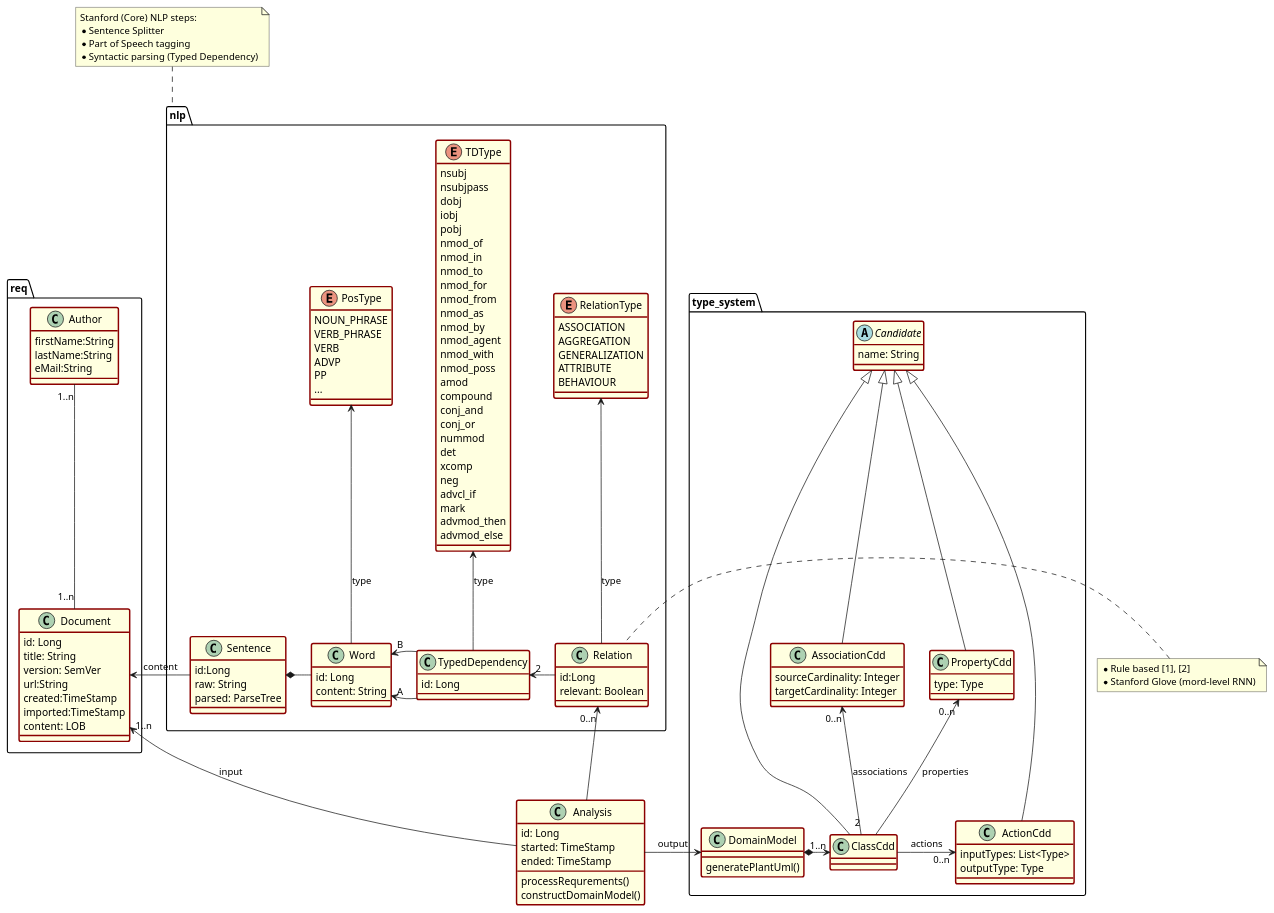
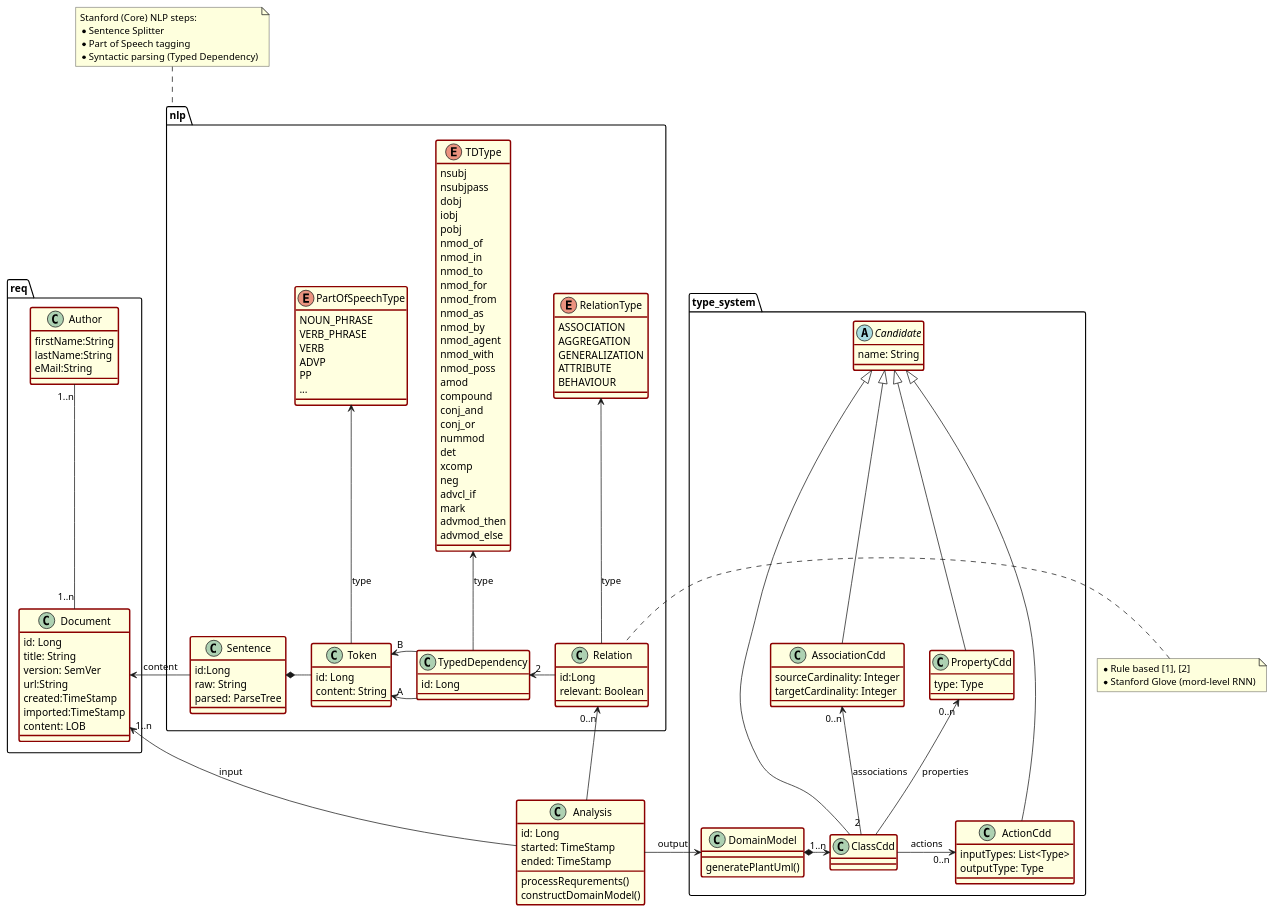
The diagram in docs/application/c4_code.puml (joerg-rade/domox), drawn with PlantUML before and after one commit. The commit also changed 9 other files, not shown here.

Commit message:
SentenceAdapterTest added, plantUml based TD diagram (2/n) dep edges colored like dependent

```diff
--- a/docs/application/c4_code.puml
+++ b/docs/application/c4_code.puml
@@ -1,155 +1,155 @@
 @startuml
 skinparam ClassBorderColor DarkRed
 skinparam ClassBorderThickness 2
 skinparam ClassBackgroundColor LightYellow
 
 package "req" {
     class Author {
         firstName:String
         lastName:String
         eMail:String
     }
     class Document {
         id: Long
         title: String
         version: SemVer
         url:String
         created:TimeStamp
         imported:TimeStamp
         content: LOB
     }
     Document "1..n" -up- "1..n" Author
 }
 
 package nlp {
     class Sentence {
         id:Long
         raw: String
         parsed: ParseTree
     }
 
-    class Word {
+    class Token {
         id: Long
         content: String
     }
-    enum PosType {
+    enum PartOfSpeechType {
         NOUN_PHRASE
         VERB_PHRASE
         VERB
         ADVP
         PP
         ...
     }
-    Sentence *- Word
+    Sentence *- Token
 
     enum TDType{
         nsubj
         nsubjpass
         dobj
         iobj
         pobj
         nmod_of
         nmod_in
         nmod_to
         nmod_for
         nmod_from
         nmod_as
         nmod_by
         nmod_agent
         nmod_with
         nmod_poss
         amod
         compound
         conj_and
         conj_or
         nummod
         det
         xcomp
         neg
         advcl_if
         mark
         advmod_then
         advmod_else
     }
 
     class TypedDependency {
         id: Long
     }
     TypedDependency -up-> TDType : type
 
     class Relation {
         id:Long
         relevant: Boolean
     }
     enum RelationType {
         ASSOCIATION
         AGGREGATION
         GENERALIZATION
         ATTRIBUTE
         BEHAVIOUR
     }
     Relation -up-> RelationType : type
 
-    Word -up-> PosType : type
+    Token -up-> PartOfSpeechType : type
 
-    TypedDependency -left-> "A" Word
-    TypedDependency -left-> "B" Word
+    TypedDependency -left-> "A" Token
+    TypedDependency -left-> "B" Token
     Relation -left-> "2" TypedDependency
 }
 
 package type_system {
     abstract class Candidate {
         name: String
     }
     class ClassCdd extends Candidate {}
     class PropertyCdd extends Candidate {
         type: Type
     }
     class ActionCdd extends Candidate {
         inputTypes: List<Type>
         outputType: Type
     }
     class AssociationCdd extends Candidate {
         sourceCardinality: Integer
         targetCardinality: Integer
     }
     ClassCdd -up-> "0..n" PropertyCdd : properties
     ClassCdd -> "0..n" ActionCdd : actions
     ClassCdd "2" -up-> "0..n" AssociationCdd : associations
 
     class DomainModel {
         generatePlantUml()
     }
 
     DomainModel *-> "1..n" ClassCdd
 }
 
 Sentence -l-> Document : content
 
 class Analysis {
     id: Long
     started: TimeStamp
     ended: TimeStamp
     processRequrements()
     constructDomainModel()
 }
 
 Analysis -> "1..n" Document : input
 Analysis -up-> "0..n" Relation
 Analysis -> DomainModel : output
 
 note as N1
     Stanford (Core) NLP steps:
     * Sentence Splitter
     * Part of Speech tagging
     * Syntactic parsing (Typed Dependency)
 end note
 N1 .. nlp
 
 note as N2
     * Rule based [1], [2]
     * Stanford Glove (mord-level RNN)
 end note
 N2 . Relation
 
 @enduml
```
